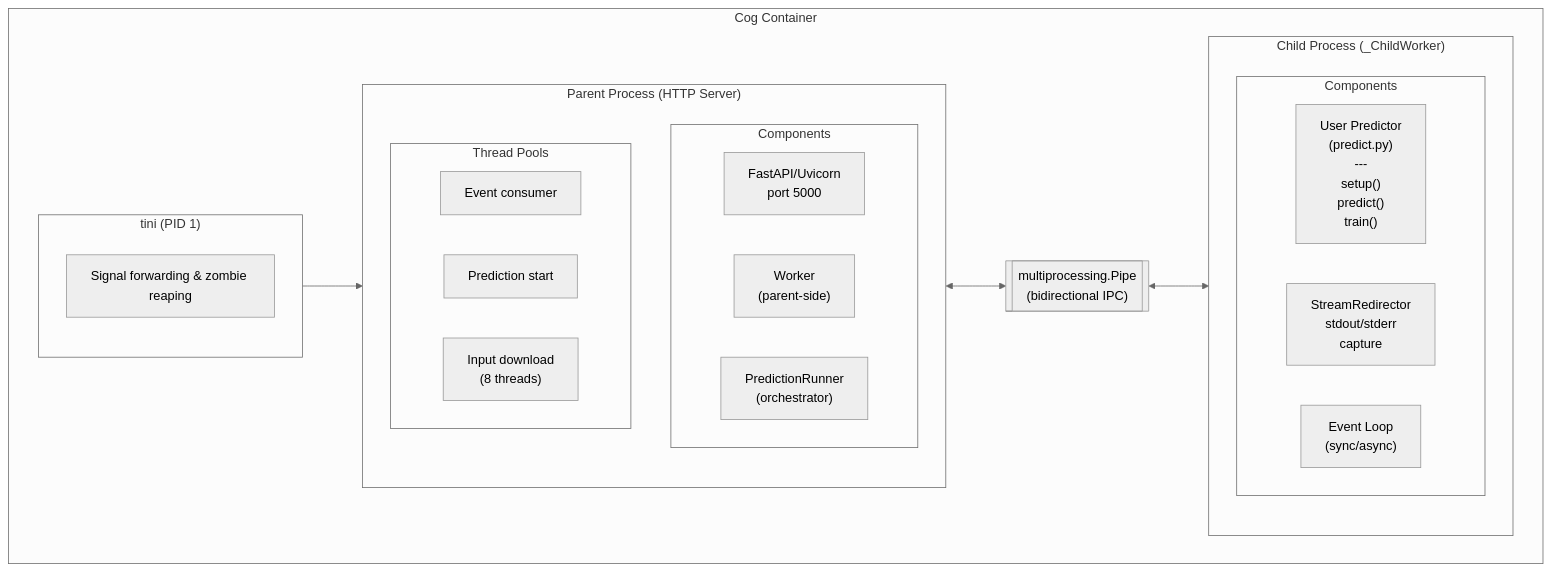
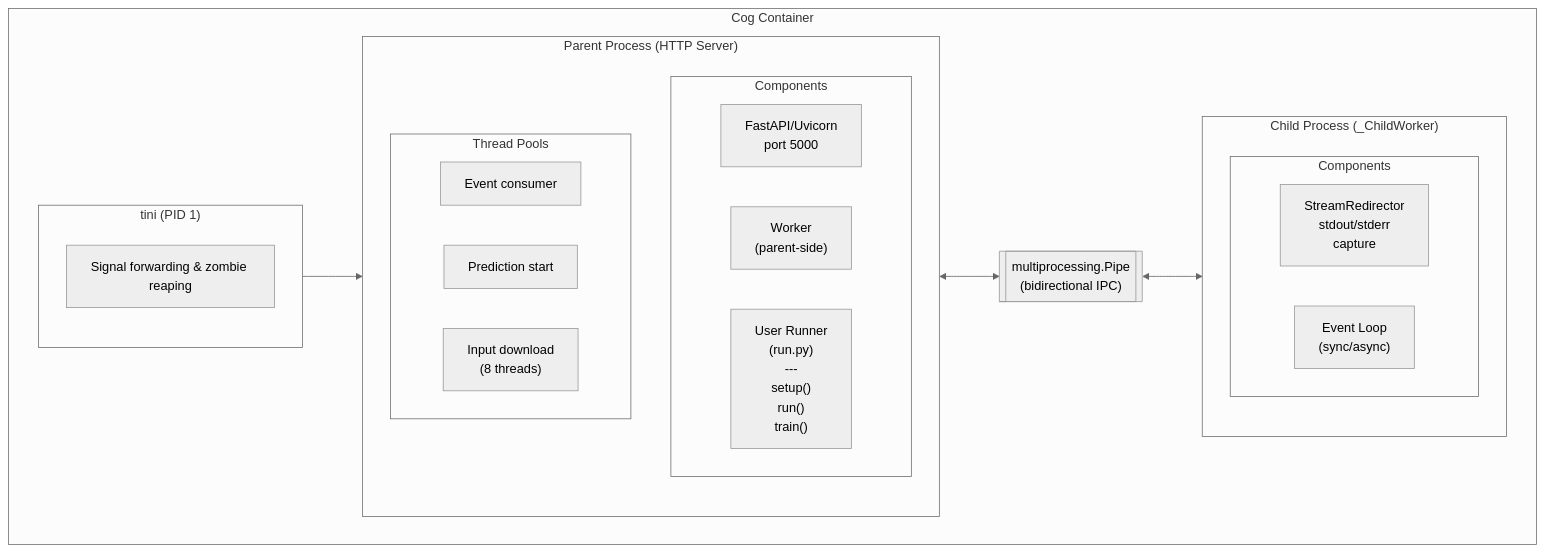
Before and after one commit to replicate/cog: the first of 7 diagrams in architecture/legacy/04-container-runtime.md, drawn with Mermaid (neutral theme). The commit also changed other lines of this file and 21 other files, not shown here.

First line of the commit message:
Update all documentation to use run/Runner terminology

````diff
--- a/architecture/legacy/04-container-runtime.md
+++ b/architecture/legacy/04-container-runtime.md
@@ -11,40 +11,40 @@
 ```mermaid
 flowchart TB
     subgraph container["Cog Container"]
         subgraph init["tini (PID 1)"]
             tini["Signal forwarding & zombie reaping"]
         end
         
         subgraph parent["Parent Process (HTTP Server)"]
             direction TB
             subgraph components["Components"]
                 direction LR
                 fastapi["FastAPI/Uvicorn<br/>port 5000"]
                 worker["Worker<br/>(parent-side)"]
                 runner["PredictionRunner<br/>(orchestrator)"]
             end
             subgraph threads["Thread Pools"]
                 direction LR
                 t1["Event consumer"]
                 t2["Prediction start"]
                 t3["Input download<br/>(8 threads)"]
             end
         end
         
         pipe[["multiprocessing.Pipe<br/>(bidirectional IPC)"]]
         
         subgraph child["Child Process (_ChildWorker)"]
             direction TB
             subgraph child_components["Components"]
                 direction LR
-                predictor["User Predictor<br/>(predict.py)<br/>---<br/>setup()<br/>predict()<br/>train()"]
+                runner["User Runner<br/>(run.py)<br/>---<br/>setup()<br/>run()<br/>train()"]
                 redirector["StreamRedirector<br/>stdout/stderr<br/>capture"]
                 eventloop["Event Loop<br/>(sync/async)"]
             end
         end
     end
     
     init --> parent
     parent <--> pipe
     pipe <--> child
 ```
````
